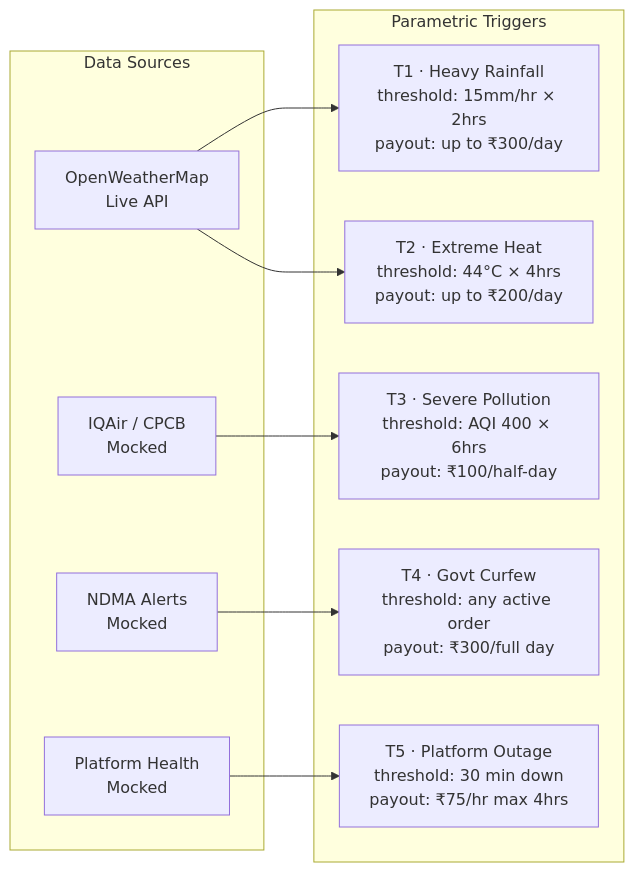
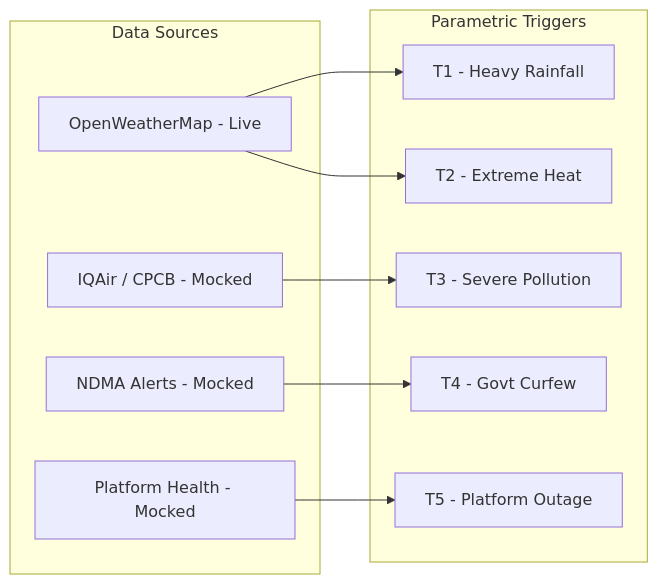
Before and after one commit to Ryuga-Mvp/GigShield: the fourth of 6 diagrams in README.md, drawn with Mermaid. The commit also changed other lines of this file, not shown here.

````diff
--- a/README.md
+++ b/README.md
@@ -231,22 +231,22 @@
 ```mermaid
 graph LR
     subgraph SOURCES["Data Sources"]
-        S1[OpenWeatherMap\nLive API]
-        S2[IQAir / CPCB\nMocked]
-        S3[NDMA Alerts\nMocked]
-        S4[Platform Health\nMocked]
+        S1[OpenWeatherMap - Live]
+        S2[IQAir / CPCB - Mocked]
+        S3[NDMA Alerts - Mocked]
+        S4[Platform Health - Mocked]
     end
 
     subgraph TRIGGERS["Parametric Triggers"]
-        T1["T1 · Heavy Rainfall\nthreshold: 15mm/hr × 2hrs\npayout: up to ₹300/day"]
-        T2["T2 · Extreme Heat\nthreshold: 44°C × 4hrs\npayout: up to ₹200/day"]
-        T3["T3 · Severe Pollution\nthreshold: AQI 400 × 6hrs\npayout: ₹100/half-day"]
-        T4["T4 · Govt Curfew\nthreshold: any active order\npayout: ₹300/full day"]
-        T5["T5 · Platform Outage\nthreshold: 30 min down\npayout: ₹75/hr max 4hrs"]
+        T1[T1 - Heavy Rainfall]
+        T2[T2 - Extreme Heat]
+        T3[T3 - Severe Pollution]
+        T4[T4 - Govt Curfew]
+        T5[T5 - Platform Outage]
     end
 
     S1 --> T1 & T2
     S2 --> T3
     S3 --> T4
     S4 --> T5
 ```
````
